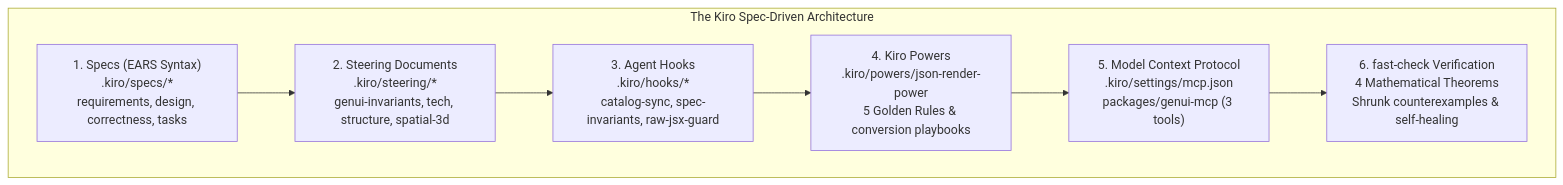
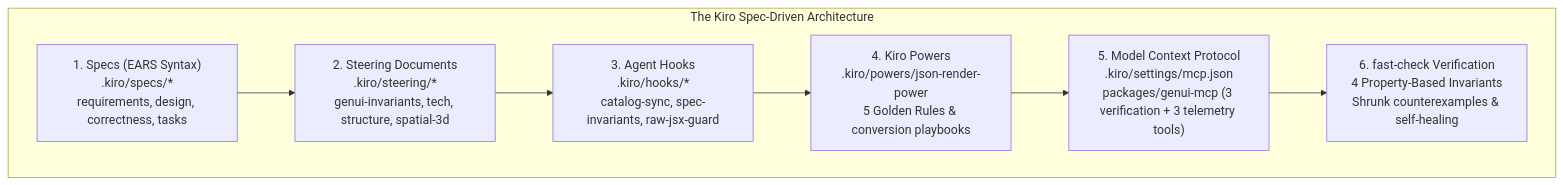
Before and after one commit to NOBA235/GenUI-kit: the diagram in SUBMISSION.md, drawn with Mermaid. The commit also changed other lines of this file and 127 other files, not shown here.

````diff
--- a/SUBMISSION.md
+++ b/SUBMISSION.md
@@ -30,17 +30,17 @@
 ```mermaid
 flowchart TD
     subgraph KiroEcosystem["The Kiro Spec-Driven Architecture"]
         Specs["1. Specs (EARS Syntax)\n.kiro/specs/*\nrequirements, design, correctness, tasks"]
         Steering["2. Steering Documents\n.kiro/steering/*\ngenui-invariants, tech, structure, spatial-3d"]
         Hooks["3. Agent Hooks\n.kiro/hooks/*\ncatalog-sync, spec-invariants, raw-jsx-guard"]
         Powers["4. Kiro Powers\n.kiro/powers/json-render-power\n5 Golden Rules & conversion playbooks"]
-        MCP["5. Model Context Protocol\n.kiro/settings/mcp.json\npackages/genui-mcp (3 tools)"]
-        PBT["6. fast-check Verification\n4 Mathematical Theorems\nShrunk counterexamples & self-healing"]
+        MCP["5. Model Context Protocol\n.kiro/settings/mcp.json\npackages/genui-mcp (3 verification + 3 telemetry tools)"]
+        PBT["6. fast-check Verification\n4 Property-Based Invariants\nShrunk counterexamples & self-healing"]
     end
 
     Specs --> Steering
     Steering --> Hooks
     Hooks --> Powers
     Powers --> MCP
     MCP --> PBT
 ```
````
